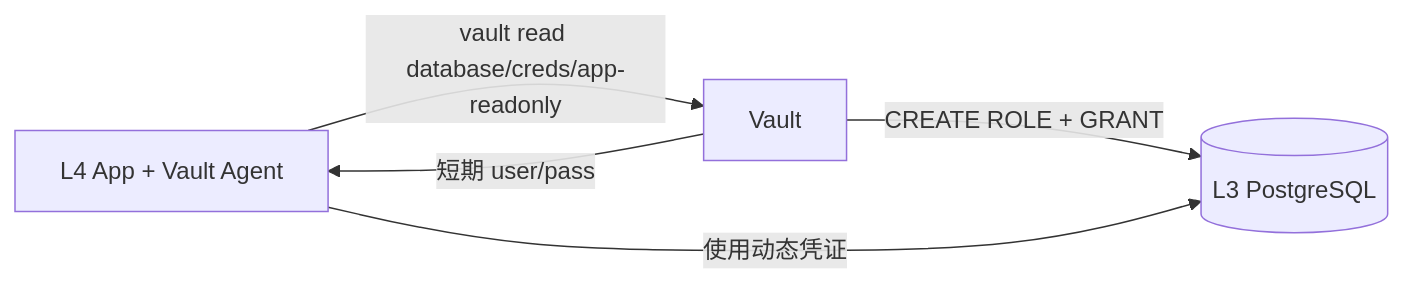
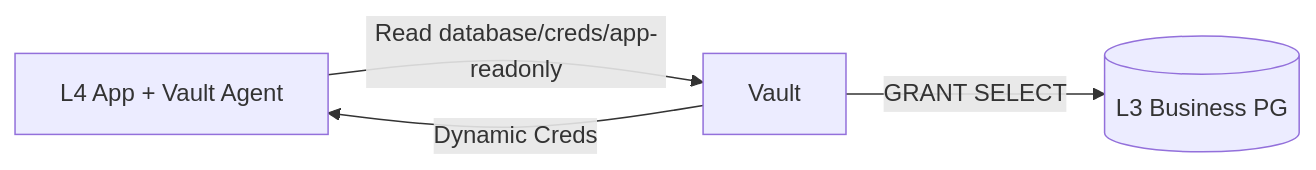
Before and after one commit to wangzitian0/infra: the diagram in docs/ssot/db.business_pg.md, drawn with Mermaid. The commit also changed other lines of this file and 16 other files, not shown here.

````diff
--- a/docs/ssot/db.business_pg.md
+++ b/docs/ssot/db.business_pg.md
@@ -20,7 +22,6 @@
 ```mermaid
 graph LR
-    APP[L4 App + Vault Agent] -->|"vault read database/creds/app-readonly"| VAULT[Vault]
-    VAULT -->|"CREATE ROLE + GRANT"| PG[(L3 PostgreSQL)]
-    VAULT -->|"短期 user/pass"| APP
-    APP -->|"使用动态凭证"| PG
+    APP[L4 App + Vault Agent] -->|"Read database/creds/app-readonly"| VAULT[Vault]
+    VAULT -->|"GRANT SELECT"| PG[(L3 Business PG)]
+    VAULT -->|"Dynamic Creds"| APP
 ```
````
